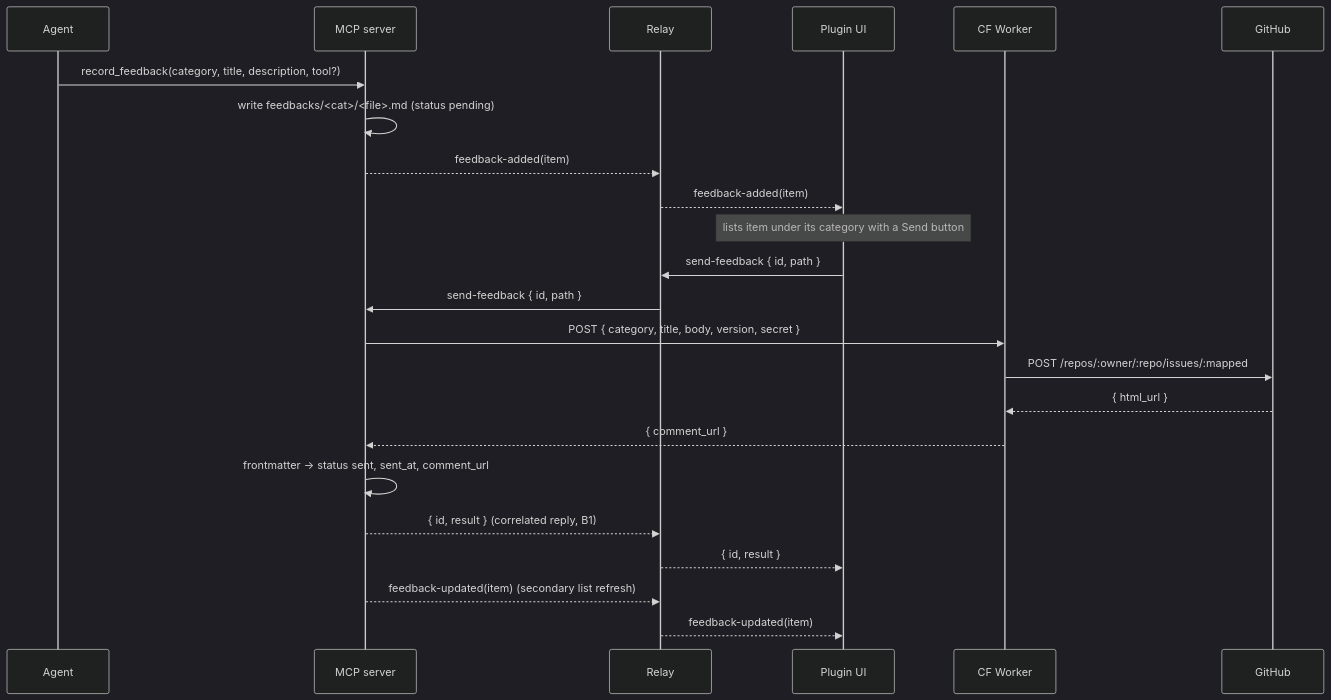
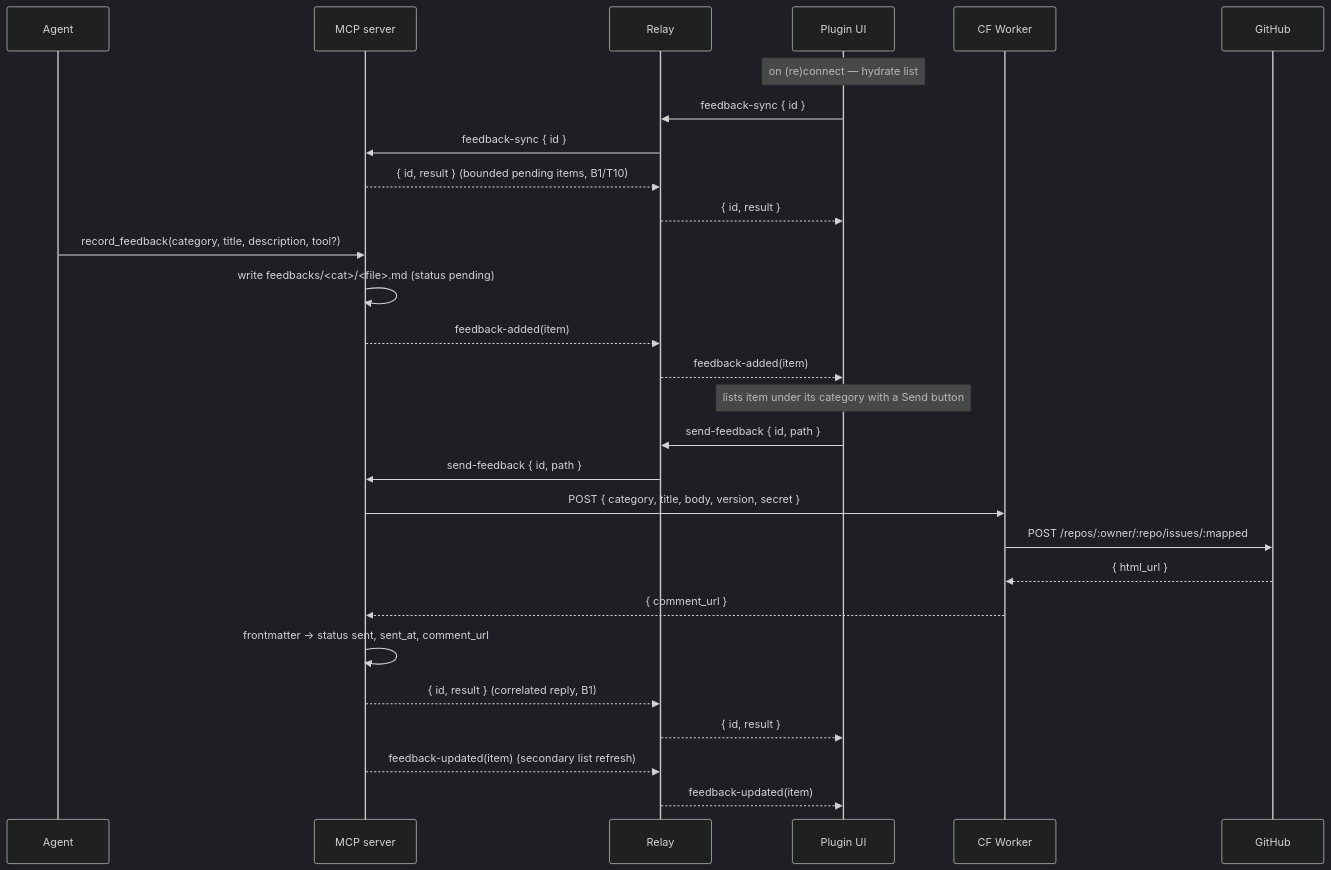
One commit to yleilu/figma-agent-bridge changed the diagram in docs/specs/feedback-system.md. Above: the diagram before and after it, drawn with Mermaid (dark theme). The commit also changed other lines of this file and 3 other files, not shown here.

````diff
--- a/docs/specs/feedback-system.md
+++ b/docs/specs/feedback-system.md
@@ -77,27 +82,33 @@
 ```mermaid
 sequenceDiagram
     participant Agent
     participant Server as MCP server
     participant Relay
     participant Plugin as Plugin UI
     participant Worker as CF Worker
     participant GH as GitHub
+
+    Note over Plugin: on (re)connect — hydrate list
+    Plugin->>Relay: feedback-sync { id }
+    Relay->>Server: feedback-sync { id }
+    Server-->>Relay: { id, result } (bounded pending items, B1/T10)
+    Relay-->>Plugin: { id, result }
 
     Agent->>Server: record_feedback(category, title, description, tool?)
     Server->>Server: write feedbacks/<cat>/<file>.md (status pending)
     Server-->>Relay: feedback-added(item)
     Relay-->>Plugin: feedback-added(item)
     Note over Plugin: lists item under its category with a Send button
 
     Plugin->>Relay: send-feedback { id, path }
     Relay->>Server: send-feedback { id, path }
     Server->>Worker: POST { category, title, body, version, secret }
     Worker->>GH: POST /repos/:owner/:repo/issues/:mapped#/comments
     GH-->>Worker: { html_url }
     Worker-->>Server: { comment_url }
     Server->>Server: frontmatter → status sent, sent_at, comment_url
     Server-->>Relay: { id, result } (correlated reply, B1)
     Relay-->>Plugin: { id, result }
     Server-->>Relay: feedback-updated(item) (secondary list refresh)
     Relay-->>Plugin: feedback-updated(item)
 ```
````
